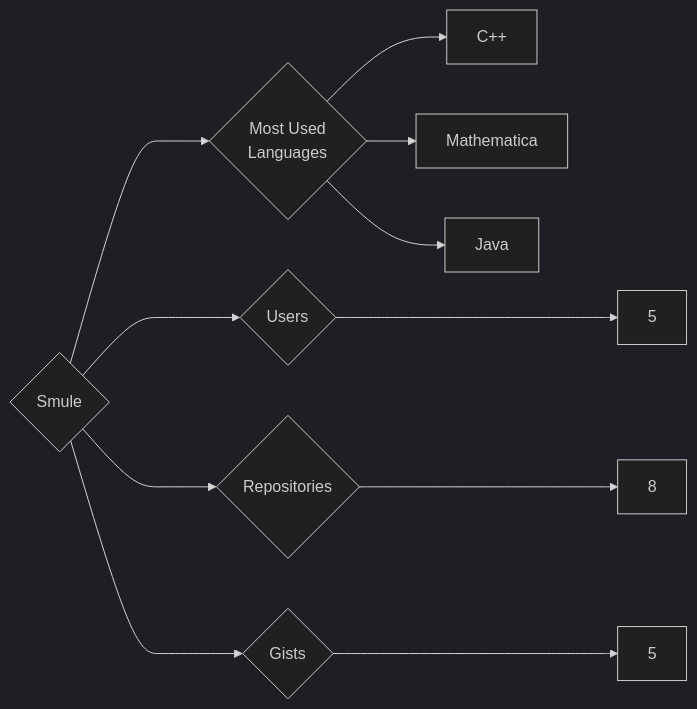
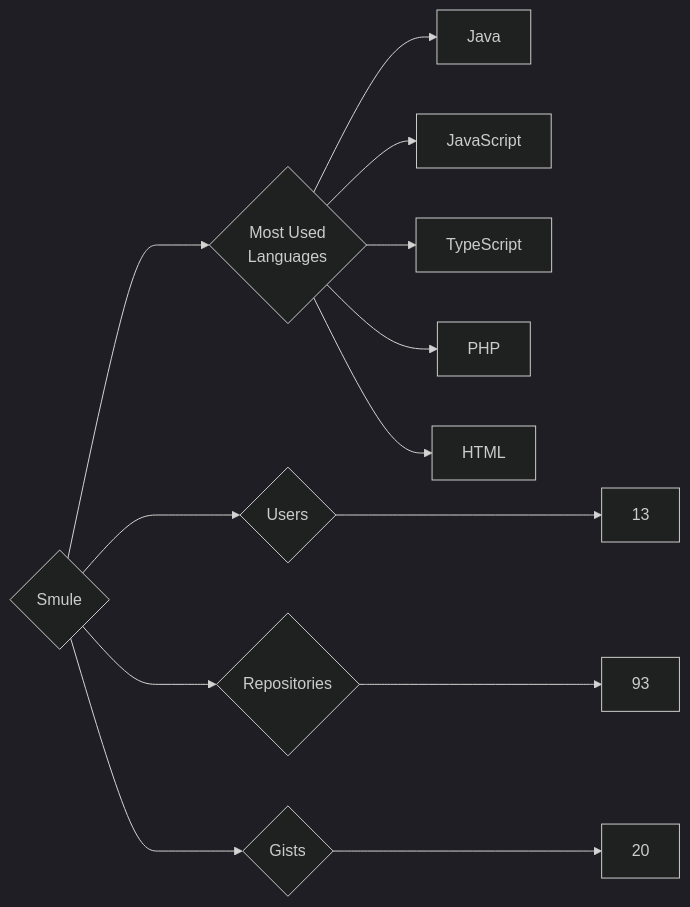
Before and after one commit to trickest/insiders: the diagram in targets/Smule/README.md, drawn with Mermaid (dark theme). The commit also changed 1508 other files, not shown here.

````diff
--- a/targets/Smule/README.md
+++ b/targets/Smule/README.md
@@ -3,11 +3,13 @@
 ```mermaid
 graph LR
 COMPANY_NAME{Smule}
-COMPANY_NAME ---> U{Users} ---> UN[5]
-COMPANY_NAME ---> R{Repositories} ---> RN[8]
-COMPANY_NAME ---> G{Gists} ---> GN[5]
+COMPANY_NAME ---> U{Users} ---> UN[13]
+COMPANY_NAME ---> R{Repositories} ---> RN[93]
+COMPANY_NAME ---> G{Gists} ---> GN[20]
 COMPANY_NAME ---> ML{Most Used<br>Languages}
-ML --> C++[C++]
-ML --> Mathematica[Mathematica]
 ML --> Java[Java]
+ML --> JavaScript[JavaScript]
+ML --> TypeScript[TypeScript]
+ML --> PHP[PHP]
+ML --> HTML[HTML]
 ```
````
